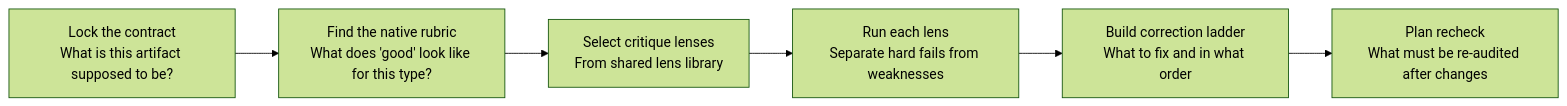
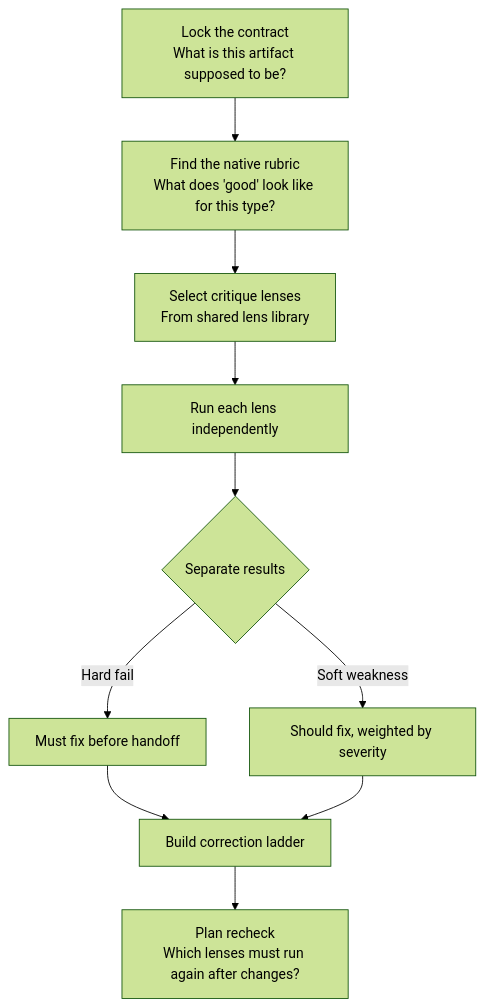
Before and after one commit to XucroYuri/how-to-make-script: the first of 2 diagrams in docs/adaptive-quality-checking.md, drawn with Mermaid (forest theme). The commit also changed other lines of this file and 7 other files, not shown here.

First line of the commit message:
docs: rewrite documentation in natural language with mermaid diagrams

````diff
--- a/docs/adaptive-quality-checking.md
+++ b/docs/adaptive-quality-checking.md
@@ -11,11 +9,12 @@
 ```mermaid
-flowchart LR
-    A["Lock the contract<br/>What is this artifact supposed to be?"]
-    B["Find the native rubric<br/>What does 'good' look like for this type?"]
-    C["Select critique lenses<br/>From shared lens library"]
-    D["Run each lens<br/>Separate hard fails from weaknesses"]
-    E["Build correction ladder<br/>What to fix and in what order"]
-    F["Plan recheck<br/>What must be re-audited after changes"]
-
-    A --> B --> C --> D --> E --> F
+flowchart TD
+    A[Lock the contract<br/>What is this artifact supposed to be?] --> B[Find the native rubric<br/>What does 'good' look like for this type?]
+    B --> C[Select critique lenses<br/>From shared lens library]
+    C --> D[Run each lens independently]
+    D --> E{Separate results}
+    E -->|Hard fail| F[Must fix before handoff]
+    E -->|Soft weakness| G[Should fix, weighted by severity]
+    F --> H[Build correction ladder]
+    G --> H
+    H --> I[Plan recheck<br/>Which lenses must run again after changes?]
 ```
````
